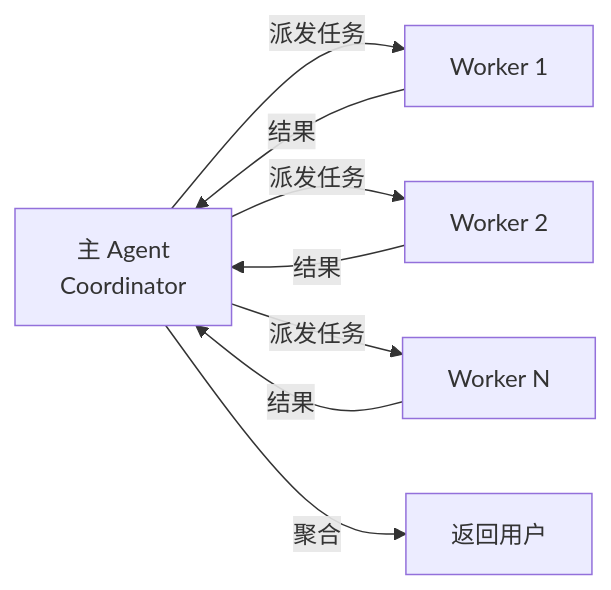
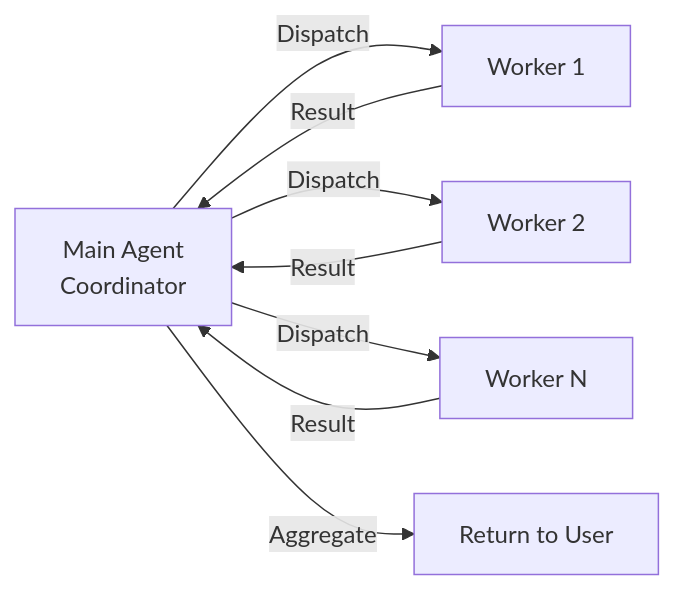
Before and after one commit to zenHeart/claude-code-sourcemap: the ninth of 9 diagrams in analysis.md, drawn with Mermaid. The commit also changed other lines of this file, not shown here.

Commit message:
fix: Mermaid diagrams - replace Chinese with English

````diff
--- a/analysis.md
+++ b/analysis.md
@@ -652,10 +652,10 @@
 ```mermaid
 flowchart LR
-    A["主 Agent<br/>Coordinator"] -->|派发任务| B["Worker 1"]
-    A -->|派发任务| C["Worker 2"]
-    A -->|派发任务| D["Worker N"]
-    B -->|结果| A
-    C -->|结果| A
-    D -->|结果| A
-    A -->|聚合| E["返回用户"]
+    A["Main Agent<br/>Coordinator"] -->|Dispatch| B["Worker 1"]
+    A -->|Dispatch| C["Worker 2"]
+    A -->|Dispatch| D["Worker N"]
+    B -->|Result| A
+    C -->|Result| A
+    D -->|Result| A
+    A -->|Aggregate| E["Return to User"]
 ```
````
